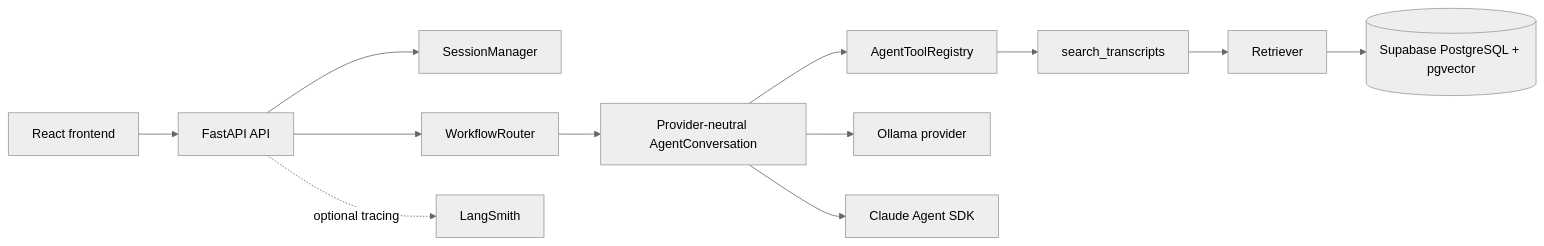
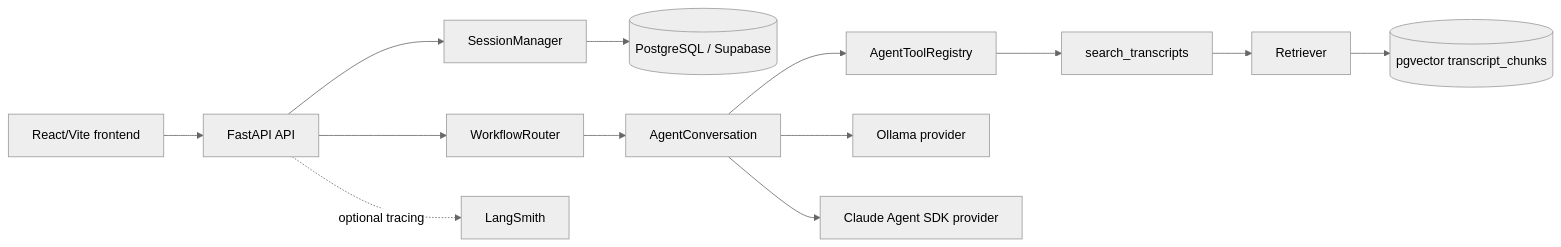
One commit to vanshbhutani1405/Lenny-Growth-Assistant changed the diagram in architecture.md. Above: the diagram before and after it, drawn with Mermaid (neutral theme). The commit also changed other lines of this file and 17 other files, not shown here.

````diff
--- a/architecture.md
+++ b/architecture.md
@@ -7,14 +9,15 @@
 ```mermaid
 flowchart LR
-  UI[React frontend] --> API[FastAPI API]
-  API --> S[SessionManager]
-  API --> W[WorkflowRouter]
-  W --> A[Provider-neutral AgentConversation]
-  A --> R[AgentToolRegistry]
-  R --> T[search_transcripts]
-  T --> RET[Retriever]
-  RET --> DB[(Supabase PostgreSQL + pgvector)]
-  A --> O[Ollama provider]
-  A --> C[Claude Agent SDK]
-  API -. optional tracing .-> L[LangSmith]
+  UI[React/Vite frontend] --> API[FastAPI API]
+  API --> SM[SessionManager]
+  SM --> PG[(PostgreSQL / Supabase)]
+  API --> WR[WorkflowRouter]
+  WR --> AC[AgentConversation]
+  AC --> TR[AgentToolRegistry]
+  TR --> ST[search_transcripts]
+  ST --> RET[Retriever]
+  RET --> V[(pgvector transcript_chunks)]
+  AC --> O[Ollama provider]
+  AC --> C[Claude Agent SDK provider]
+  API -. optional tracing .-> LS[LangSmith]
 ```
````
